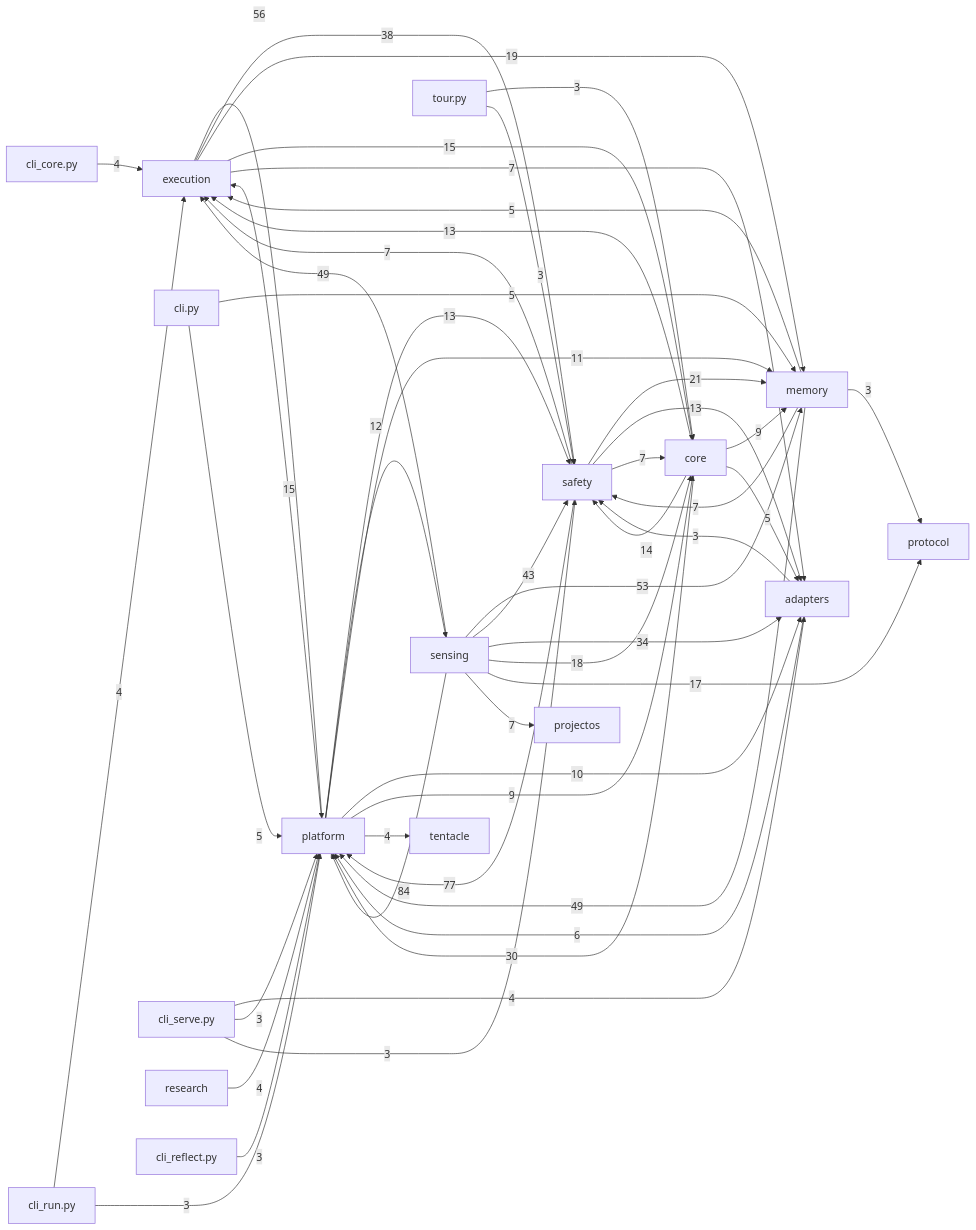
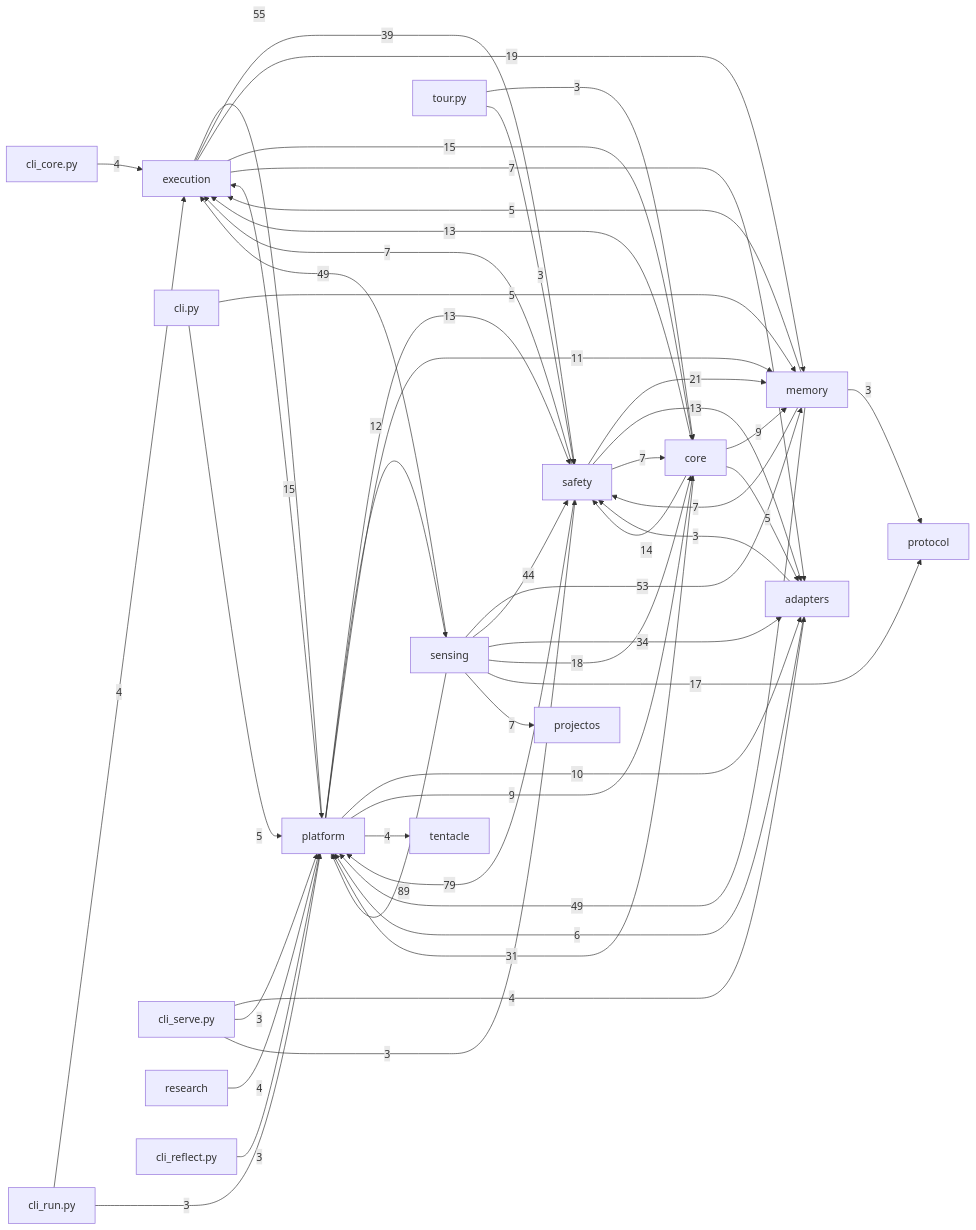
Before and after one commit to dengdenghua/octopus-agent: the diagram in docs/auto/20-backend/index.md, drawn with Mermaid. The commit also changed 137 other files, not shown here.

````diff
--- a/docs/auto/20-backend/index.md
+++ b/docs/auto/20-backend/index.md
@@ -26,58 +26,58 @@
 ```mermaid
 graph LR
   execution[execution]
   core[core]
   safety[safety]
   memory[memory]
   sensing[sensing]
   adapters[adapters]
   platform[platform]
-  sensing -- 84 --> platform
-  safety -- 77 --> platform
-  execution -- 56 --> platform
+  sensing -- 89 --> platform
+  safety -- 79 --> platform
+  execution -- 55 --> platform
   sensing -- 53 --> memory
   memory -- 49 --> platform
   sensing -- 49 --> execution
-  sensing -- 43 --> safety
-  execution -- 38 --> safety
+  sensing -- 44 --> safety
+  execution -- 39 --> safety
   sensing -- 34 --> adapters
-  core -- 30 --> platform
+  core -- 31 --> platform
   safety -- 21 --> memory
   execution -- 19 --> memory
   sensing -- 18 --> core
   sensing -- 17 --> protocol
   execution -- 15 --> core
   platform -- 15 --> execution
   core -- 14 --> safety
   core -- 13 --> execution
   platform -- 13 --> safety
   safety -- 13 --> adapters
   platform -- 12 --> sensing
   platform -- 11 --> memory
   platform -- 10 --> adapters
   core -- 9 --> memory
   platform -- 9 --> core
   execution -- 7 --> adapters
   memory -- 7 --> safety
   safety -- 7 --> core
   safety -- 7 --> execution
   sensing -- 7 --> projectos
   adapters -- 6 --> platform
   cli.py -- 5 --> memory
   cli.py -- 5 --> platform
   core -- 5 --> adapters
   memory -- 5 --> execution
   cli_core.py -- 4 --> execution
   cli_run.py -- 4 --> execution
   cli_serve.py -- 4 --> adapters
   platform -- 4 --> tentacle
   research -- 4 --> platform
   adapters -- 3 --> safety
   cli_reflect.py -- 3 --> platform
   cli_run.py -- 3 --> platform
   cli_serve.py -- 3 --> platform
   cli_serve.py -- 3 --> safety
   memory -- 3 --> protocol
   tour.py -- 3 --> core
   tour.py -- 3 --> safety
 ```
````
